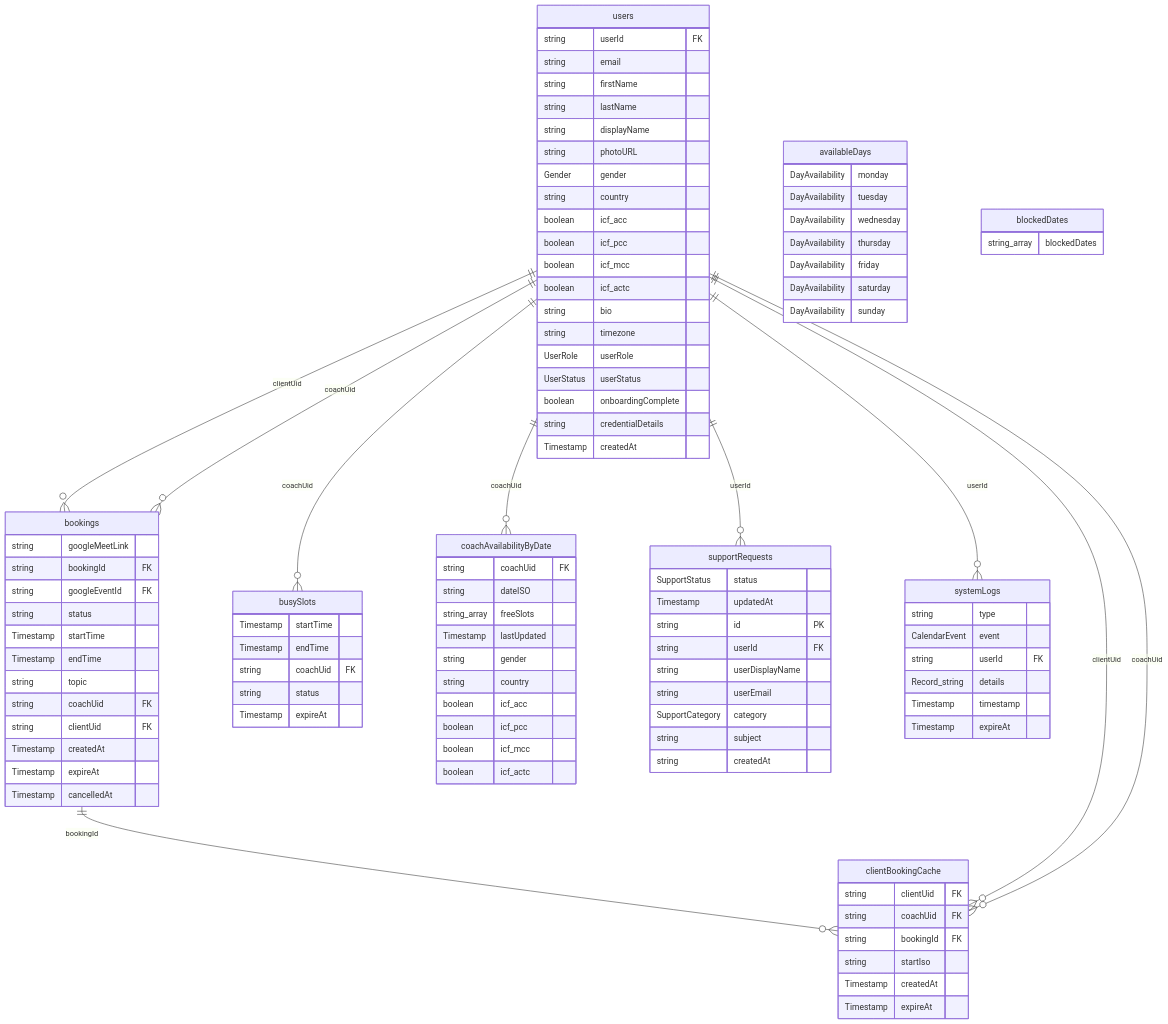
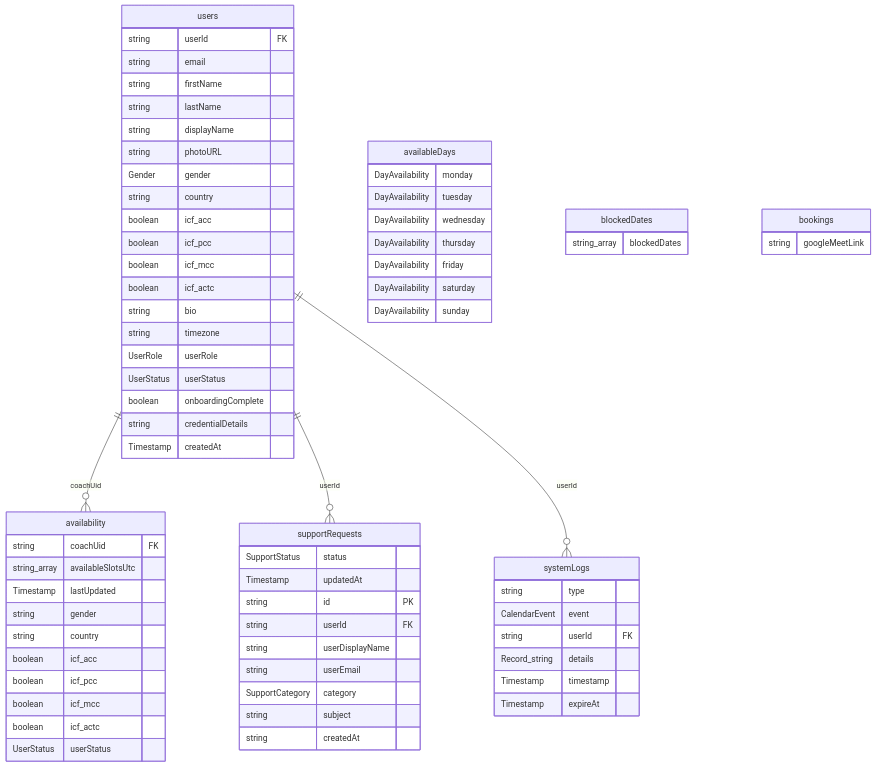
The diagram in docs/schema-erd.md (premkumar-masilamani/peer-coaching-network), drawn with Mermaid before and after one commit. The commit also changed other lines of this file and 120 other files, not shown here.

First line of the commit message:
feat: Cloud Functions Backend Architecture (#224)

````diff
--- a/docs/schema-erd.md
+++ b/docs/schema-erd.md
@@ -11,14 +11,21 @@
 ```mermaid
 erDiagram
-    bookings ||--o{ clientBookingCache : "bookingId"
-    users ||--o{ bookings : "clientUid"
-    users ||--o{ bookings : "coachUid"
-    users ||--o{ busySlots : "coachUid"
-    users ||--o{ clientBookingCache : "clientUid"
-    users ||--o{ clientBookingCache : "coachUid"
-    users ||--o{ coachAvailabilityByDate : "coachUid"
+    users ||--o{ availability : "coachUid"
     users ||--o{ supportRequests : "userId"
     users ||--o{ systemLogs : "userId"
+
+    availability {
+        string coachUid FK
+        string_array availableSlotsUtc
+        Timestamp lastUpdated
+        string gender
+        string country
+        boolean icf_acc
+        boolean icf_pcc
+        boolean icf_mcc
+        boolean icf_actc
+        UserStatus userStatus
+    }
 
     availableDays {
         DayAvailability monday
@@ -36,47 +43,6 @@
 
     bookings {
         string googleMeetLink
-        string bookingId FK
-        string googleEventId FK
-        string status
-        Timestamp startTime
-        Timestamp endTime
-        string topic
-        string coachUid FK
-        string clientUid FK
-        Timestamp createdAt
-        Timestamp expireAt
-        Timestamp cancelledAt
-    }
-
-    busySlots {
-        Timestamp startTime
-        Timestamp endTime
-        string coachUid FK
-        string status
-        Timestamp expireAt
-    }
-
-    clientBookingCache {
-        string clientUid FK
-        string coachUid FK
-        string bookingId FK
-        string startIso
-        Timestamp createdAt
-        Timestamp expireAt
-    }
-
-    coachAvailabilityByDate {
-        string coachUid FK
-        string dateISO
-        string_array freeSlots
-        Timestamp lastUpdated
-        string gender
-        string country
-        boolean icf_acc
-        boolean icf_pcc
-        boolean icf_mcc
-        boolean icf_actc
     }
 
     supportRequests {
````
